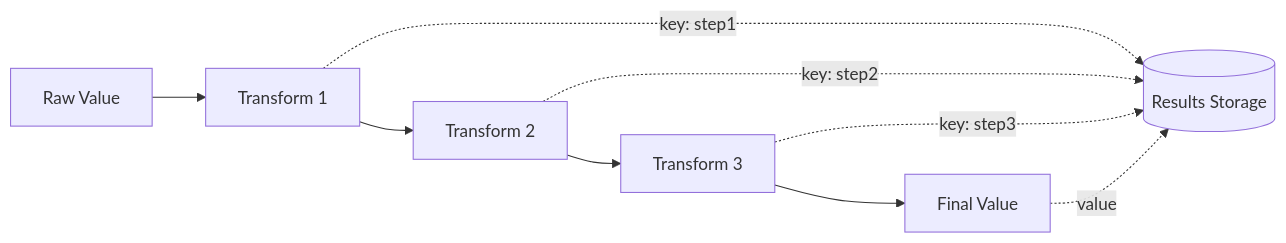
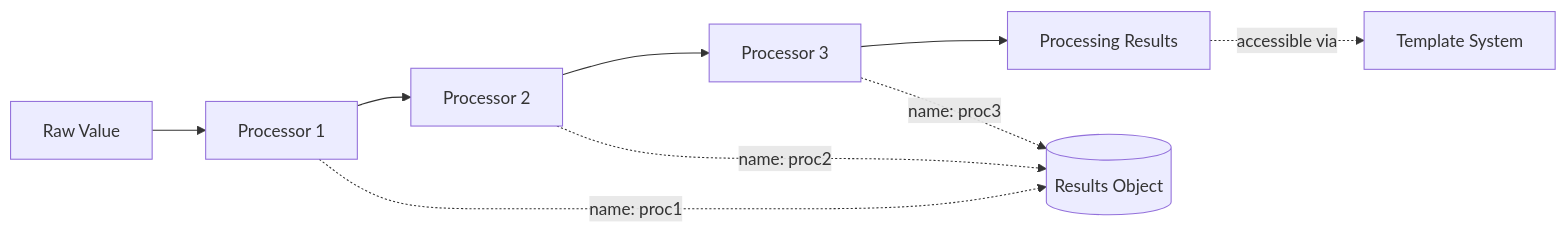
The seventh of 8 diagrams in doc/architecture/subsystems/datasource-system.md (solhuebner/lcards), drawn with Mermaid before and after one commit. The commit also changed other lines of this file and 61 other files, not shown here.

````diff
--- a/doc/architecture/subsystems/datasource-system.md
+++ b/doc/architecture/subsystems/datasource-system.md
@@ -782,12 +783,12 @@
 ```mermaid
 graph LR
-    Raw[Raw Value] --> T1[Transform 1]
-    T1 --> T2[Transform 2]
-    T2 --> T3[Transform 3]
-    T3 --> Final[Final Value]
+    Raw[Raw Value] --> P1[Processor 1]
+    P1 --> P2[Processor 2]
+    P2 --> P3[Processor 3]
+    P3 --> Results[Processing Results]
 
-    T1 -.key: step1.-> Storage[(Results Storage)]
-    T2 -.key: step2.-> Storage
-    T3 -.key: step3.-> Storage
-    Final -.value.-> Storage
+    P1 -.name: proc1.-> Storage[(Results Object)]
+    P2 -.name: proc2.-> Storage
+    P3 -.name: proc3.-> Storage
+    Results -.accessible via.-> Templates[Template System]
 ```
````
